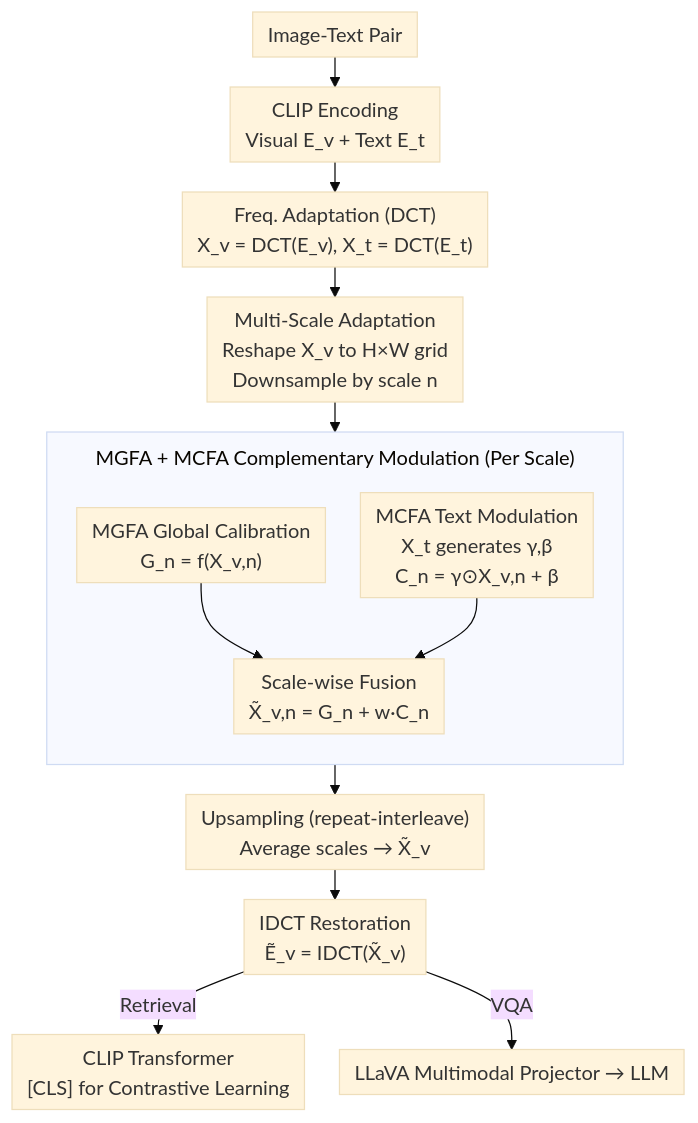
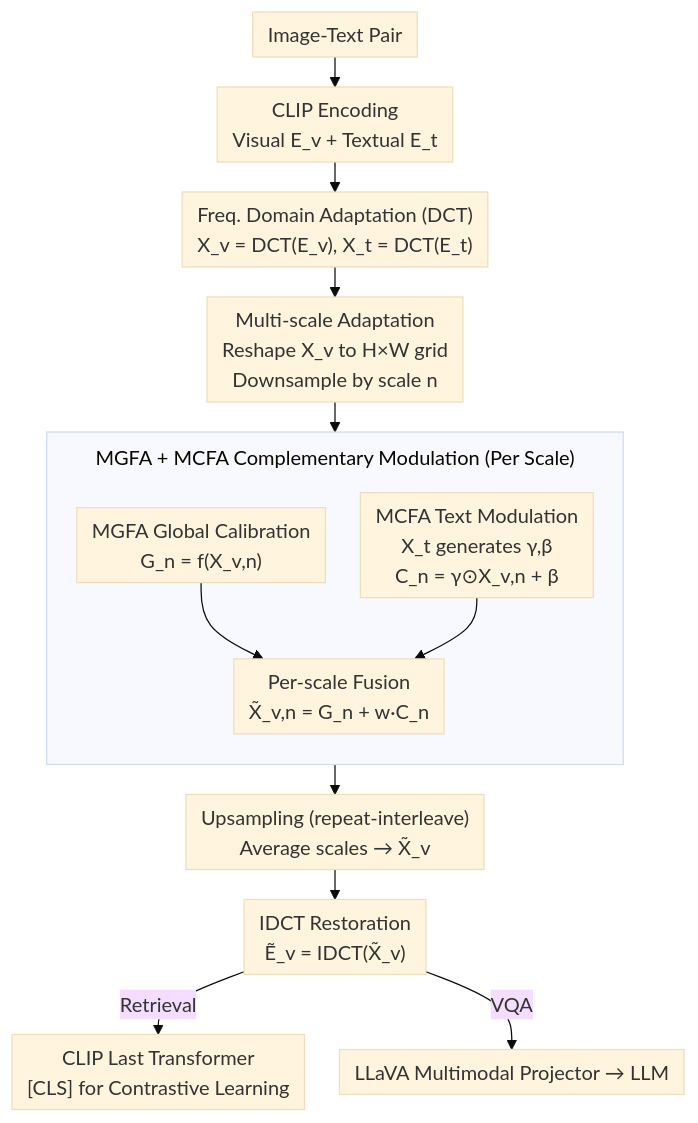
Before and after one commit to zhaoyang97/Paper-Notes-en: the diagram in docs/ACL2026/multimodal_vlm/text-guided_multi-scale_frequency_representation_adaptation.md, drawn with Mermaid (base theme). The commit also changed other lines of this file and 5084 other files, not shown here.

````diff
--- a/docs/ACL2026/multimodal_vlm/text-guided_multi-scale_frequency_representation_adaptation.md
+++ b/docs/ACL2026/multimodal_vlm/text-guided_multi-scale_frequency_representation_adaptation.md
@@ -46,19 +46,19 @@
 ```mermaid
 %%{init: {'flowchart': {'rankSpacing': 24, 'nodeSpacing': 28, 'padding': 6, 'wrappingWidth': 400, 'subGraphTitleMargin': {'top': 8, 'bottom': 16}}}}%%
 flowchart TD
-    A["Image-Text Pair"] --> B["CLIP Encoding<br/>Visual E_v + Text E_t"]
-    B --> C["Freq. Adaptation (DCT)<br/>X_v = DCT(E_v), X_t = DCT(E_t)"]
-    C --> D["Multi-Scale Adaptation<br/>Reshape X_v to H×W grid<br/>Downsample by scale n"]
+    A["Image-Text Pair"] --> B["CLIP Encoding<br/>Visual E_v + Textual E_t"]
+    B --> C["Freq. Domain Adaptation (DCT)<br/>X_v = DCT(E_v), X_t = DCT(E_t)"]
+    C --> D["Multi-scale Adaptation<br/>Reshape X_v to H×W grid<br/>Downsample by scale n"]
     subgraph MOD["MGFA + MCFA Complementary Modulation (Per Scale)"]
         direction TB
         E["MGFA Global Calibration<br/>G_n = f(X_v,n)"]
         F["MCFA Text Modulation<br/>X_t generates γ,β<br/>C_n = γ⊙X_v,n + β"]
-        E --> G["Scale-wise Fusion<br/>X̃_v,n = G_n + w·C_n"]
+        E --> G["Per-scale Fusion<br/>X̃_v,n = G_n + w·C_n"]
         F --> G
     end
     D --> MOD
     MOD --> H["Upsampling (repeat-interleave)<br/>Average scales → X̃_v"]
     H --> I["IDCT Restoration<br/>Ẽ_v = IDCT(X̃_v)"]
-    I -->|Retrieval| J["CLIP Transformer<br/>[CLS] for Contrastive Learning"]
+    I -->|Retrieval| J["CLIP Last Transformer<br/>[CLS] for Contrastive Learning"]
     I -->|VQA| K["LLaVA Multimodal Projector → LLM"]
 ```
````
